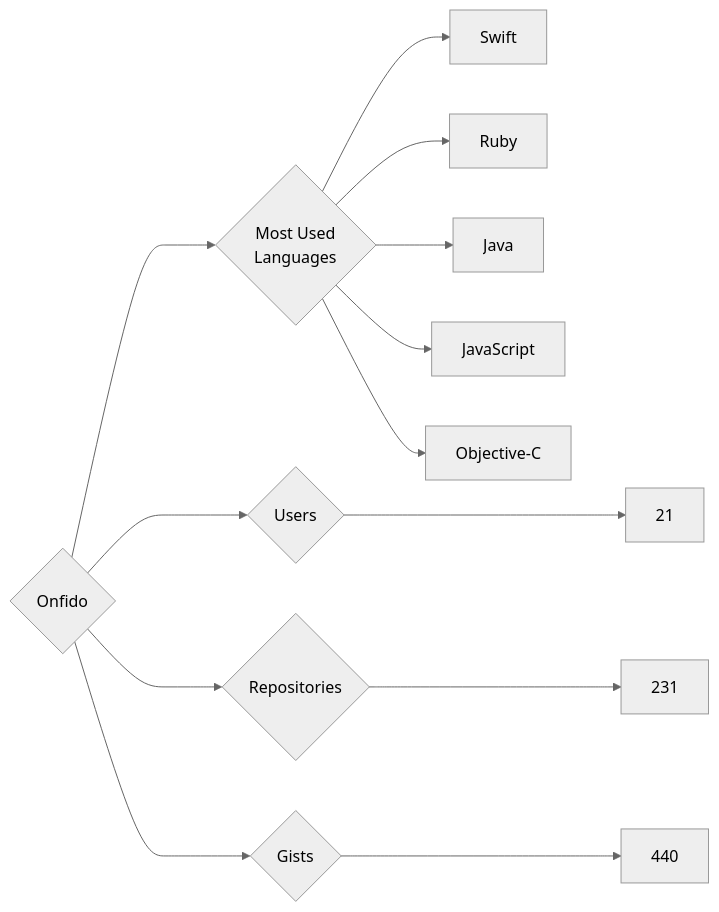
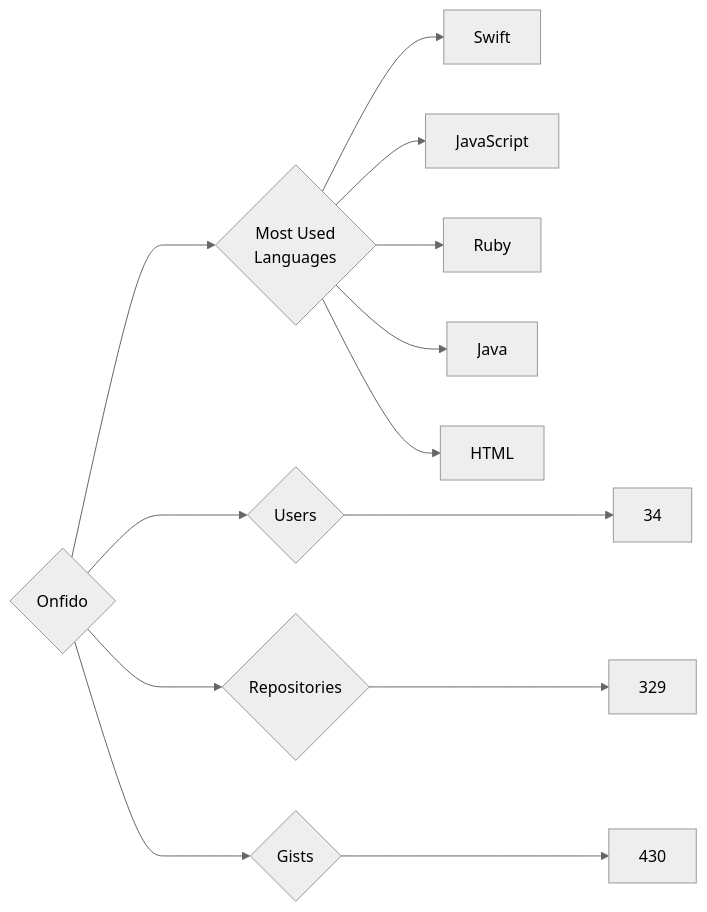
One commit to trickest/insiders changed the diagram in targets/Onfido/README.md. Above: the diagram before and after it, drawn with Mermaid (neutral theme). The commit also changed 886 other files, not shown here.

````diff
--- a/targets/Onfido/README.md
+++ b/targets/Onfido/README.md
@@ -3,13 +3,13 @@
 ```mermaid
 graph LR
 COMPANY_NAME{Onfido}
-COMPANY_NAME ---> U{Users} ---> UN[21]
-COMPANY_NAME ---> R{Repositories} ---> RN[231]
-COMPANY_NAME ---> G{Gists} ---> GN[440]
+COMPANY_NAME ---> U{Users} ---> UN[34]
+COMPANY_NAME ---> R{Repositories} ---> RN[329]
+COMPANY_NAME ---> G{Gists} ---> GN[430]
 COMPANY_NAME ---> ML{Most Used<br>Languages}
 ML --> Swift[Swift]
+ML --> JavaScript[JavaScript]
 ML --> Ruby[Ruby]
 ML --> Java[Java]
-ML --> JavaScript[JavaScript]
-ML --> Objective-C[Objective-C]
+ML --> HTML[HTML]
 ```
````
